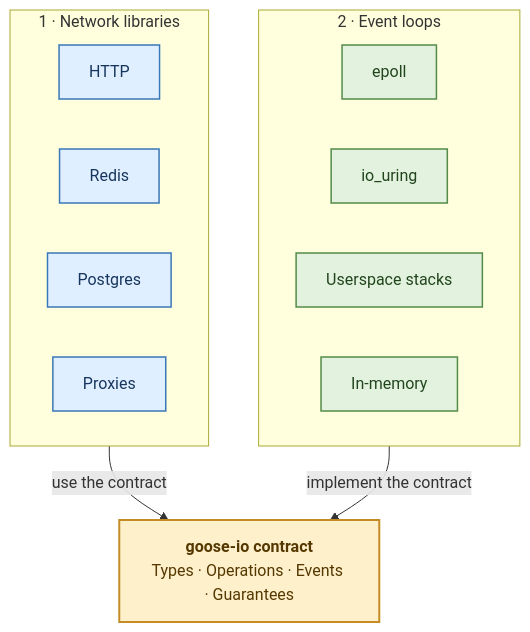
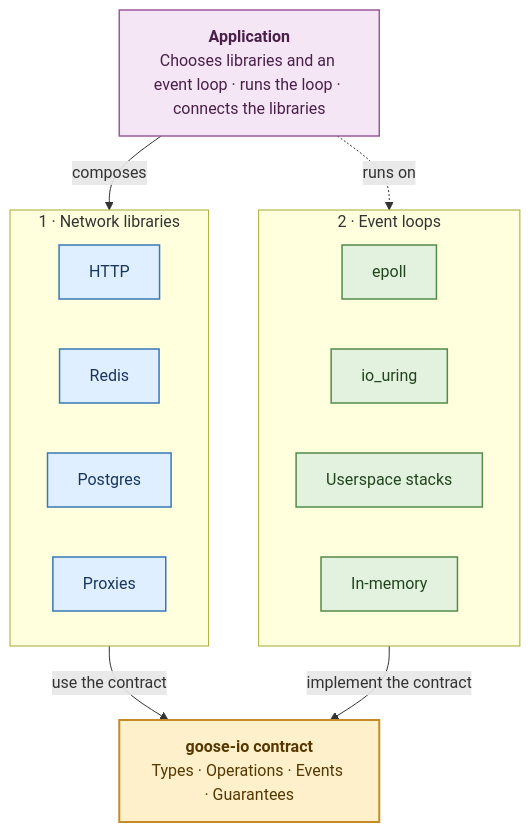
One commit to BHare1985/goose-io changed the first of 3 diagrams in README.md. Above: the diagram before and after it, drawn with Mermaid. The commit also changed other lines of this file, not shown here.

First line of the commit message:
README: make the application a third role, and show it as the glue

````diff
--- a/README.md
+++ b/README.md
@@ -33,31 +36,37 @@
 ```mermaid
 flowchart TB
+    APP["<b>Application</b><br/>Chooses libraries and an event loop · runs the loop · connects the libraries"]
+
     subgraph LIB["1 · Network libraries"]
         direction LR
         L1["HTTP"]
         L2["Redis"]
         L3["Postgres"]
         L4["Proxies"]
     end
 
     C["<b>goose-io contract</b><br/>Types · Operations · Events · Guarantees"]
 
     subgraph LOOPS["2 · Event loops"]
         direction LR
         E1["epoll"]
         E2["io_uring"]
         E3["Userspace stacks"]
         E4["In-memory"]
     end
 
+    APP -->|"composes"| LIB
     LIB -->|"use the contract"| C
     LOOPS -->|"implement the contract"| C
+    APP -.->|"runs on"| LOOPS
 
+    classDef app fill:#f5e6f5,stroke:#9a5a9a,color:#4a1f4a,stroke-width:1.5px
     classDef library fill:#e0efff,stroke:#3978b8,color:#17365d,stroke-width:1.5px
     classDef contract fill:#fff0cc,stroke:#c58b24,color:#553800,stroke-width:2px
     classDef loop fill:#e3f2df,stroke:#548b48,color:#21451c,stroke-width:1.5px
 
+    class APP app
     class L1,L2,L3,L4 library
     class C contract
     class E1,E2,E3,E4 loop
 ```
````
